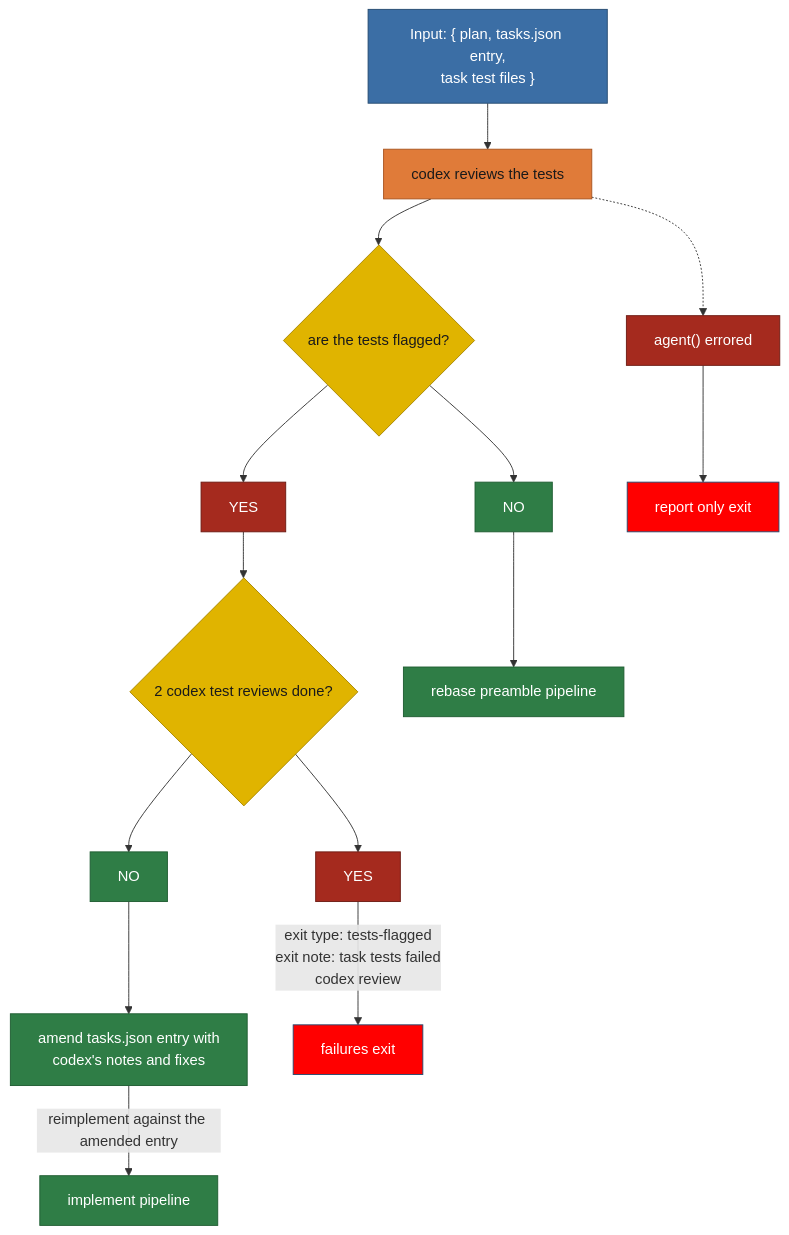
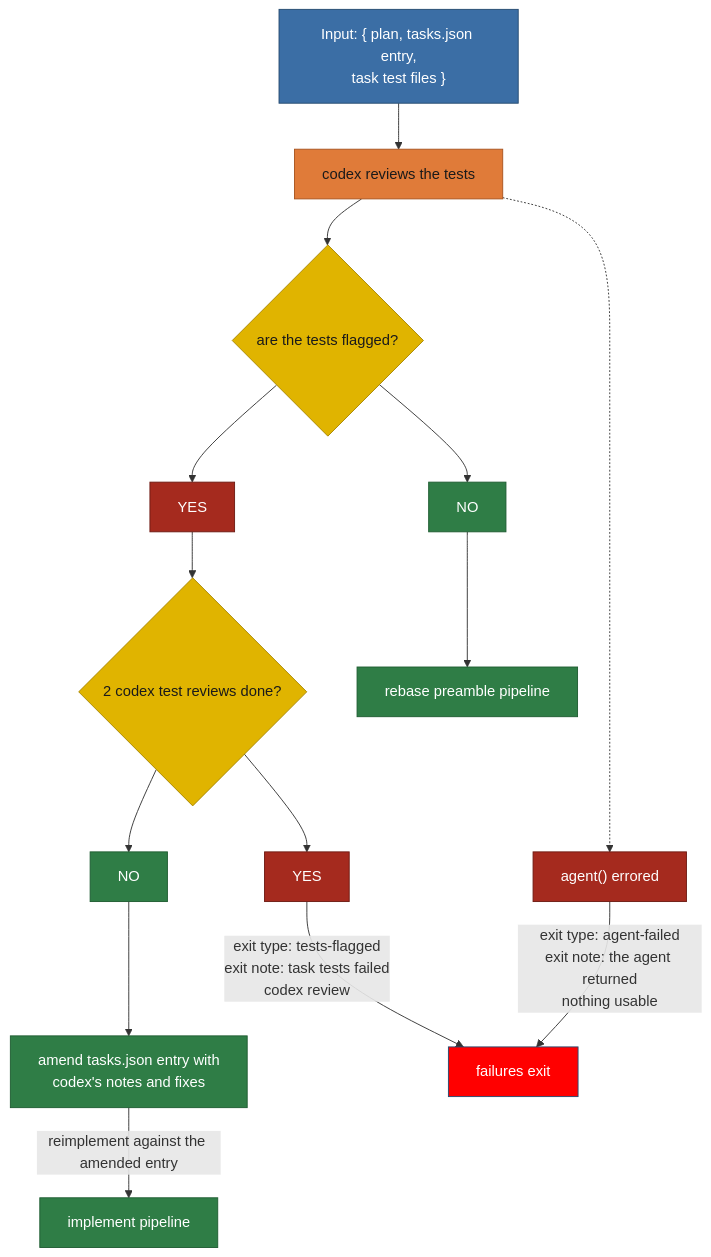
One commit to matkatmusic/taskTools changed the diagram in plans/diagram/pipeline-reviewTests.mmd. Above: the diagram before and after it, drawn with Mermaid. The commit also changed 6 other files, not shown here.

Commit message:
more pipeline diagram updates

```diff
--- a/plans/diagram/pipeline-reviewTests.mmd
+++ b/plans/diagram/pipeline-reviewTests.mmd
@@ -1,65 +1,66 @@
 flowchart TB
 %% REVIEW TASK TESTS PIPELINE. Split from pipeline-implementTest.mmd.
 %% Input: a green implementation from the task tests pipeline, together with the
 %% plan, the tasks.json entry and the task's test files.
 %% One job: decide whether the tests are worth trusting.
 %% Starts at "codex reviews the tests". Ends with accepted tests, with the run
 %% back in the implement pipeline, or with an exit.
 %% Rules that apply everywhere, not steps:
 %%   1. Every read and write of tasks.json is atomic.
 %%   2. Codex gets two reviews. On the second flagging the pipeline aborts.
 %%   3. Green tests are not the same as good tests. The test run decides whether
 %%      the work is correct; this pipeline decides whether the tests prove it.
 %%   4. A script that fails operationally, as opposed to returning a verdict,
 %%      exits the run as run-failed. The task is already active and a worktree
 %%      already exists here, so the exit workflow always runs in full.
 %% Box definitions where the name alone is not enough:
 %%   amend tasks.json entry       - the retry is not a bare retry. The implementor
 %%                                  reads the task entry, so codex's notes and
 %%                                  fixes are written into it or the next attempt
 %%                                  repeats the same mistake.
 %% Exit types this pipeline can produce:
+%%   agent-failed       - an agent returned nothing usable
 %%   tests-flagged      - codex flagged the tests twice
 %%   run-failed         - a script failed operationally
 %% run-failed is deliberately not drawn as an edge out of every box. It can leave
 %% ANY green box, so drawing it would add one edge per box and hide the flow.
 %% The finished implementation this pipeline emits is the input to the rebase
 %% preamble pipeline.
 
   GREEN_IMPLEMENTATION_INPUT["Input: { plan, tasks.json entry,<br/>task test files }"] --> CODEX_REVIEWS_TESTS
   CODEX_REVIEWS_TESTS["codex reviews the tests"] --> ARE_TESTS_FLAGGED{"are the tests flagged?"}
   ARE_TESTS_FLAGGED --> ARE_TESTS_FLAGGED_NO["NO"]
   ARE_TESTS_FLAGGED --> ARE_TESTS_FLAGGED_YES["YES"]
 
   ARE_TESTS_FLAGGED_YES --> ARE_2_TEST_REVIEWS_DONE{"2 codex test reviews done?"}
   ARE_2_TEST_REVIEWS_DONE --> ARE_2_TEST_REVIEWS_DONE_NO["NO"]
   ARE_2_TEST_REVIEWS_DONE --> ARE_2_TEST_REVIEWS_DONE_YES["YES"]
   ARE_2_TEST_REVIEWS_DONE_NO --> AMEND_ENTRY_WITH_CODEX_NOTES["amend tasks.json entry with<br/>codex's notes and fixes"]
   AMEND_ENTRY_WITH_CODEX_NOTES -- "reimplement against the amended entry" --> IMPLEMENT_PIPELINE["implement pipeline"]
   ARE_2_TEST_REVIEWS_DONE_YES -- "exit type: tests-flagged<br/>exit note: task tests failed<br/>codex review" --> EXIT_WORKFLOW
 
   ARE_TESTS_FLAGGED_NO --> REBASE_PREAMBLE_PIPELINE["rebase preamble pipeline"]
 
-  CODEX_REVIEWS_TESTS -.-> AGENT_ERRORED["agent() errored"] --> REPORT_ONLY_EXIT["report only exit"]
+  CODEX_REVIEWS_TESTS -.-> AGENT_ERRORED["agent() errored"] -- "exit type: agent-failed<br/>exit note: the agent returned<br/>nothing usable" --> EXIT_WORKFLOW
 
   EXIT_WORKFLOW["failures exit"]
 
   %% pass/nopass: green is the branch that keeps heading for the next pipeline,
   %% red is the branch that reimplements or ends in the exit workflow.
   classDef pipeline fill:#2f7d46,stroke:#1e5c31,color:#ffffff
   classDef script fill:#2f7d46,stroke:#1e5c31,color:#ffffff
   classDef agent fill:#e07b39,stroke:#a8541f,color:#1a1a1a
   classDef decision fill:#e0b400,stroke:#a88600,color:#1a1a1a
   classDef output fill:#3b6ea5,stroke:#254a70,color:#ffffff
   classDef fail fill:red,stroke:#254a70,color:#ffffff
   classDef pass fill:#2f7d46,stroke:#1e5c31,color:#ffffff
   classDef nopass fill:#a52a1e,stroke:#6d1a12,color:#ffffff
   class ARE_TESTS_FLAGGED,ARE_2_TEST_REVIEWS_DONE decision
   class AMEND_ENTRY_WITH_CODEX_NOTES script
   class CODEX_REVIEWS_TESTS agent
   class IMPLEMENT_PIPELINE,REBASE_PREAMBLE_PIPELINE pipeline
   class ARE_TESTS_FLAGGED_NO,ARE_2_TEST_REVIEWS_DONE_NO pass
   class ARE_TESTS_FLAGGED_YES,ARE_2_TEST_REVIEWS_DONE_YES nopass
   class AGENT_ERRORED nopass
-  class EXIT_WORKFLOW,REPORT_ONLY_EXIT fail
+  class EXIT_WORKFLOW fail
   class GREEN_IMPLEMENTATION_INPUT output
```
